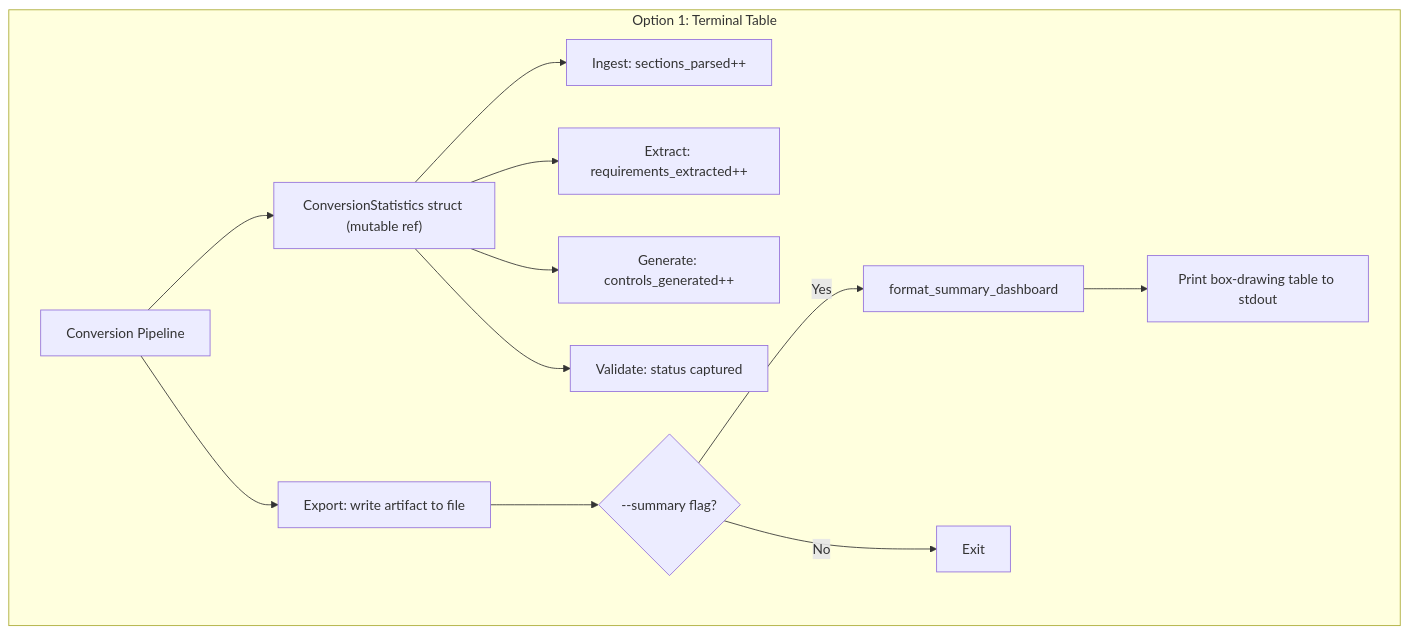
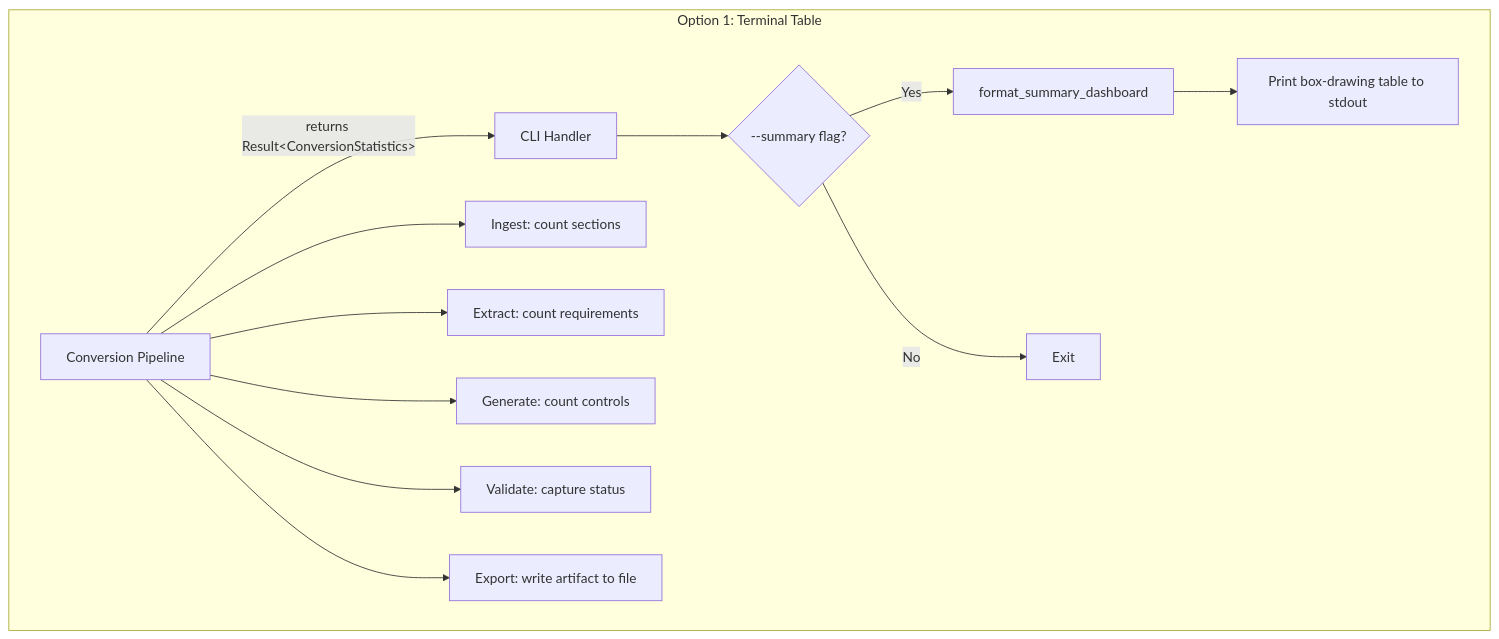
The second of 6 diagrams in docs/AR/044-ar-summary-dashboard.md (policy-forge/forge), drawn with Mermaid before and after one commit. The commit also changed other lines of this file and 21 other files, not shown here.

````diff
--- a/docs/AR/044-ar-summary-dashboard.md
+++ b/docs/AR/044-ar-summary-dashboard.md
@@ -143,15 +143,15 @@
 ```mermaid
 graph TD
     subgraph "Option 1: Terminal Table"
-        Pipeline1[Conversion Pipeline] --> Stats1["ConversionStatistics struct (mutable ref)"]
-        Stats1 --> Ingest1[Ingest: sections_parsed++]
-        Stats1 --> Extract1[Extract: requirements_extracted++]
-        Stats1 --> Generate1[Generate: controls_generated++]
-        Stats1 --> Validate1[Validate: status captured]
+        Pipeline1[Conversion Pipeline] --> |"returns Result&lt;ConversionStatistics&gt;"| CLI1[CLI Handler]
+        Pipeline1 --> Ingest1[Ingest: count sections]
+        Pipeline1 --> Extract1[Extract: count requirements]
+        Pipeline1 --> Generate1[Generate: count controls]
+        Pipeline1 --> Validate1[Validate: capture status]
         Pipeline1 --> Export1[Export: write artifact to file]
-        Export1 --> Check1{--summary flag?}
+        CLI1 --> Check1{--summary flag?}
         Check1 -->|Yes| Format1[format_summary_dashboard]
         Format1 --> Print1["Print box-drawing table to stdout"]
         Check1 -->|No| Exit1[Exit]
     end
 ```
````
